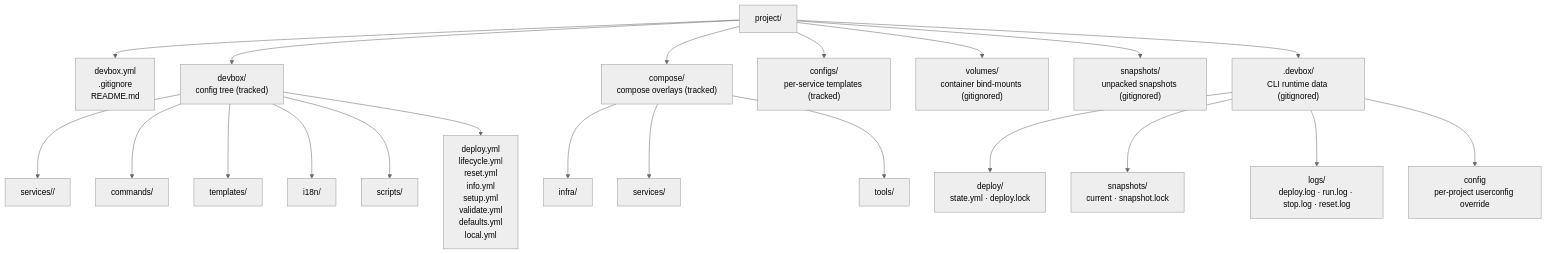
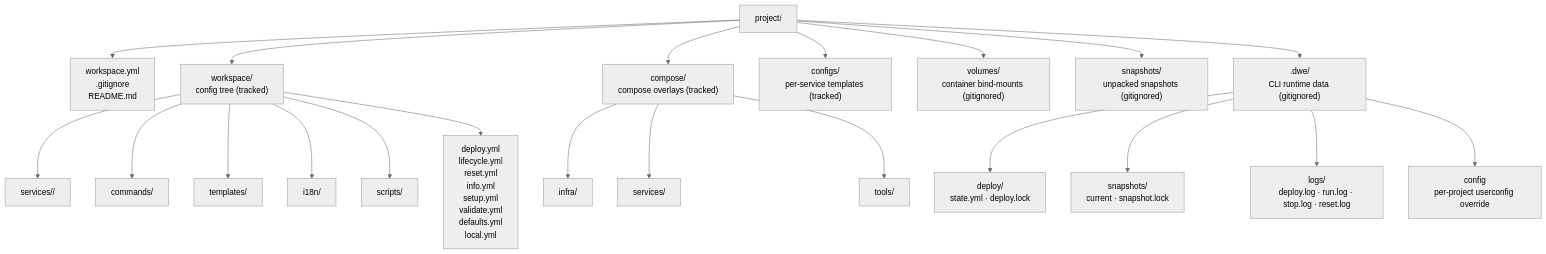
One commit to semsemyonoff/dwe changed the diagram in docs/reference/concepts/project-layout.md. Above: the diagram before and after it, drawn with Mermaid (neutral theme). The commit also changed other lines of this file and 113 other files, not shown here.

First line of the commit message:
feat: Phase 4a+4b — update EN and RU docs for devbox→dwe rebrand

````diff
--- a/docs/reference/concepts/project-layout.md
+++ b/docs/reference/concepts/project-layout.md
@@ -24,28 +24,28 @@
 ```mermaid
 flowchart TD
   Root["project/"]
 
-  Root --> RootFiles["devbox.yml<br/>.gitignore<br/>README.md"]
-  Root --> DevboxDir["devbox/<br/>config tree (tracked)"]
+  Root --> RootFiles["workspace.yml<br/>.gitignore<br/>README.md"]
+  Root --> DWEDir["workspace/<br/>config tree (tracked)"]
   Root --> ComposeDir["compose/<br/>compose overlays (tracked)"]
   Root --> ConfigsDir["configs/<br/>per-service templates (tracked)"]
   Root --> VolumesDir["volumes/<br/>container bind-mounts (gitignored)"]
   Root --> SnapsDir["snapshots/<br/>unpacked snapshots (gitignored)"]
-  Root --> DotDir[".devbox/<br/>CLI runtime data (gitignored)"]
+  Root --> DotDir[".dwe/<br/>CLI runtime data (gitignored)"]
 
-  DevboxDir --> DevboxServices["services/<name>/"]
-  DevboxDir --> DevboxCommands["commands/"]
-  DevboxDir --> DevboxTemplates["templates/"]
-  DevboxDir --> DevboxI18n["i18n/"]
-  DevboxDir --> DevboxScripts["scripts/"]
-  DevboxDir --> DevboxPipelines["deploy.yml<br/>lifecycle.yml<br/>reset.yml<br/>info.yml<br/>setup.yml<br/>validate.yml<br/>defaults.yml<br/>local.yml"]
+  DWEDir --> DWEServices["services/<name>/"]
+  DWEDir --> DWECommands["commands/"]
+  DWEDir --> DWETemplates["templates/"]
+  DWEDir --> DWEI18n["i18n/"]
+  DWEDir --> DWEScripts["scripts/"]
+  DWEDir --> DWEPipelines["deploy.yml<br/>lifecycle.yml<br/>reset.yml<br/>info.yml<br/>setup.yml<br/>validate.yml<br/>defaults.yml<br/>local.yml"]
 
   ComposeDir --> ComposeInfra["infra/"]
   ComposeDir --> ComposeServices["services/"]
   ComposeDir --> ComposeTools["tools/"]
 
   DotDir --> DotDeploy["deploy/<br/>state.yml · deploy.lock"]
   DotDir --> DotSnaps["snapshots/<br/>current · snapshot.lock"]
   DotDir --> DotLogs["logs/<br/>deploy.log · run.log · stop.log · reset.log"]
   DotDir --> DotConfig["config<br/>per-project userconfig override"]
 ```
````
